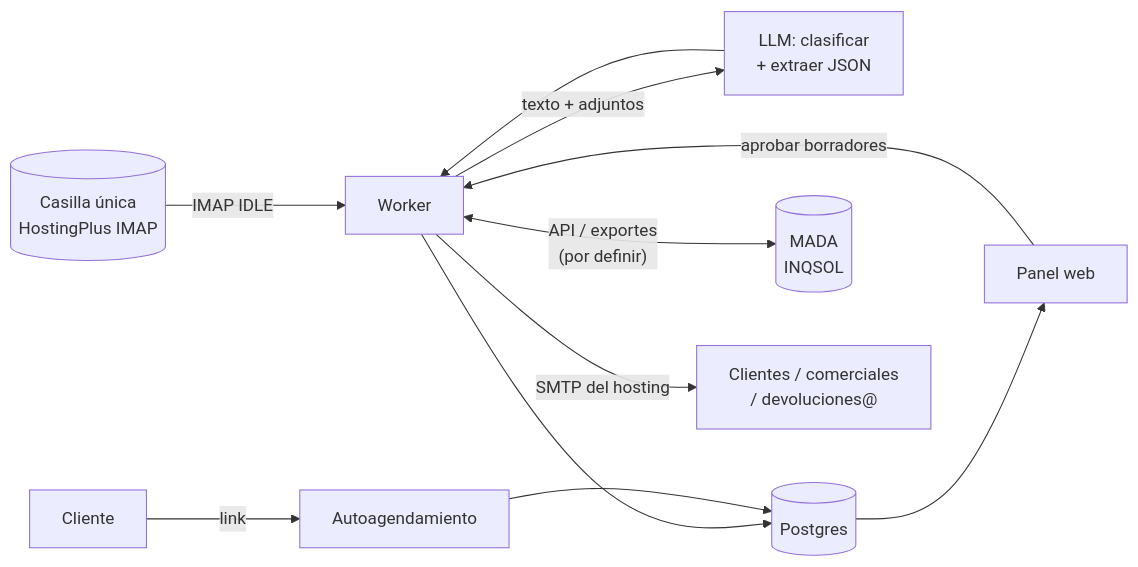
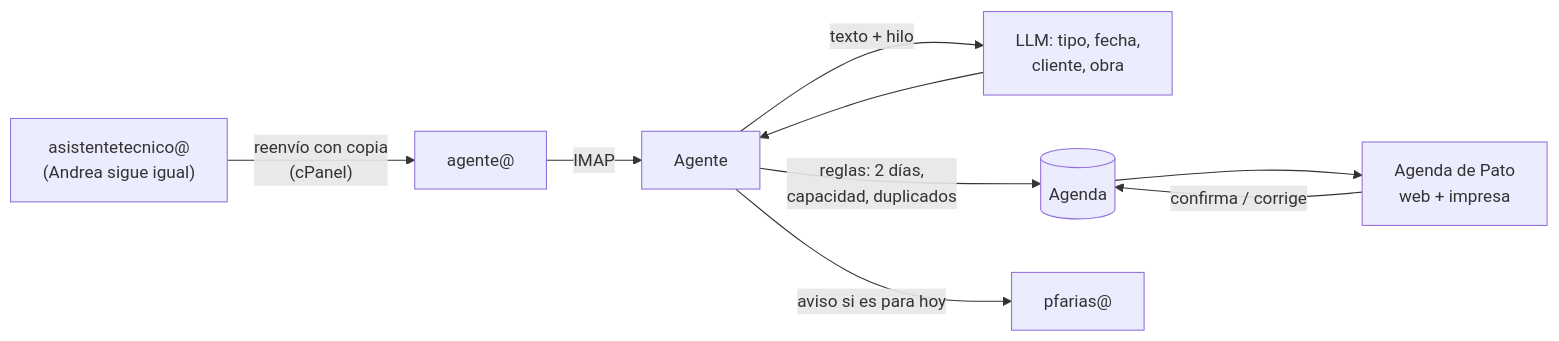
The diagram in docs/02-propuesta.md (zhbozzo/alzatec), drawn with Mermaid before and after one commit. The commit also changed other lines of this file and 4 other files, not shown here.

First line of the commit message:
Reenfoca el proyecto en un agente de agenda de camiones

````diff
--- a/docs/02-propuesta.md
+++ b/docs/02-propuesta.md
@@ -64,12 +18,11 @@
 ```mermaid
 flowchart LR
-  M[("Casilla única<br/>HostingPlus IMAP")] -->|IMAP IDLE| W[Worker]
-  W -->|texto + adjuntos| IA["LLM: clasificar<br/>+ extraer JSON"]
+  AT["asistentetecnico@<br/>(Andrea sigue igual)"] -->|"reenvío con copia<br/>(cPanel)"| AG["agente@"]
+  AG -->|IMAP| W[Agente]
+  W -->|"texto + hilo"| IA["LLM: tipo, fecha,<br/>cliente, obra"]
   IA --> W
-  W --> DB[(Postgres)]
-  W <-->|"API / exportes<br/>(por definir)"| MADA[("MADA<br/>INQSOL")]
-  W -->|SMTP del hosting| OUT["Clientes / comerciales<br/>/ devoluciones@"]
-  DB --> P[Panel web]
-  P -->|aprobar borradores| W
-  CL[Cliente] -->|link| AG[Autoagendamiento] --> DB
+  W -->|"reglas: 2 días,<br/>capacidad, duplicados"| DB[("Agenda")]
+  DB --> P["Agenda de Pato<br/>web + impresa"]
+  P -->|"confirma / corrige"| DB
+  W -->|"aviso si es para hoy"| PA["pfarias@"]
 ```
````
